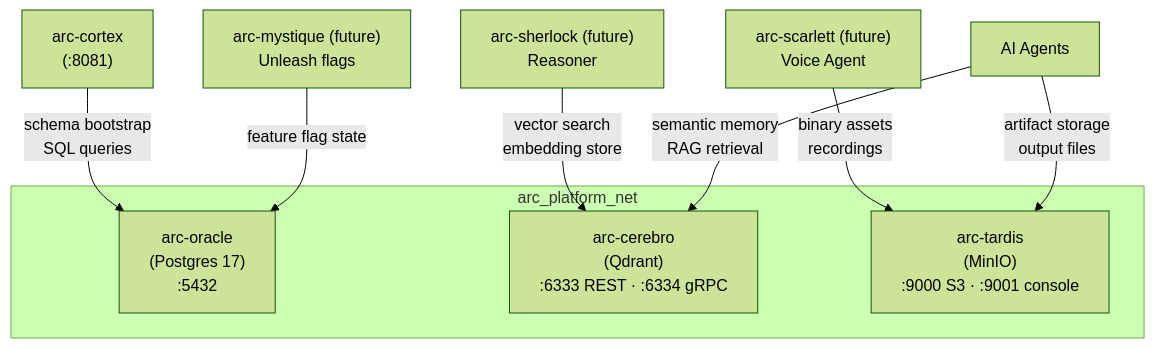
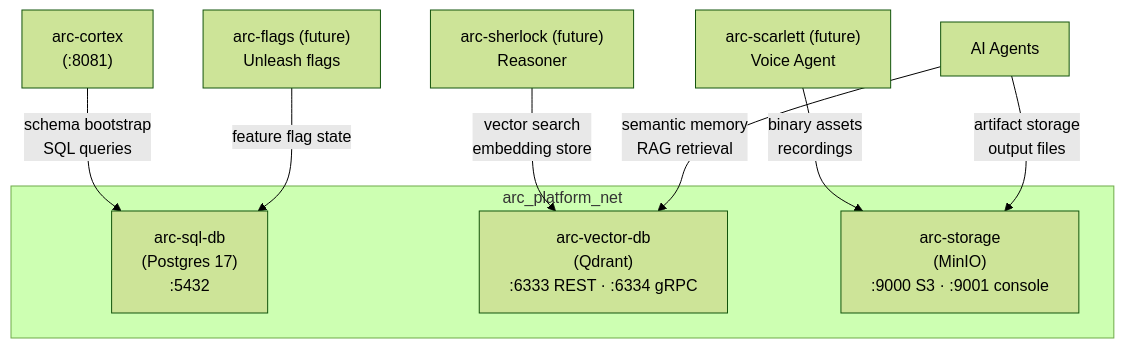
The first of 2 diagrams in specs/005-data-layer/spec.md (arc-framework/arc-platform), drawn with Mermaid (forest theme) before and after one commit. The commit also changed other lines of this file and 34 other files, not shown here.

````diff
--- a/specs/005-data-layer/spec.md
+++ b/specs/005-data-layer/spec.md
@@ -25,15 +25,15 @@
 ```mermaid
 graph TD
     subgraph arc_platform_net
-        oracle["arc-oracle\n(Postgres 17)\n:5432"]
-        cerebro["arc-cerebro\n(Qdrant)\n:6333 REST · :6334 gRPC"]
-        tardis["arc-tardis\n(MinIO)\n:9000 S3 · :9001 console"]
+        oracle["arc-sql-db\n(Postgres 17)\n:5432"]
+        cerebro["arc-vector-db\n(Qdrant)\n:6333 REST · :6334 gRPC"]
+        tardis["arc-storage\n(MinIO)\n:9000 S3 · :9001 console"]
     end
 
     cortex["arc-cortex\n(:8081)"] -->|schema bootstrap\nSQL queries| oracle
-    mystique_future["arc-mystique (future)\nUnleash flags"] -->|feature flag state| oracle
+    mystique_future["arc-flags (future)\nUnleash flags"] -->|feature flag state| oracle
     sherlock["arc-sherlock (future)\nReasoner"] -->|vector search\nembedding store| cerebro
     scarlett["arc-scarlett (future)\nVoice Agent"] -->|binary assets\nrecordings| tardis
     agents["AI Agents"] -->|semantic memory\nRAG retrieval| cerebro
     agents -->|artifact storage\noutput files| tardis
 ```
````
